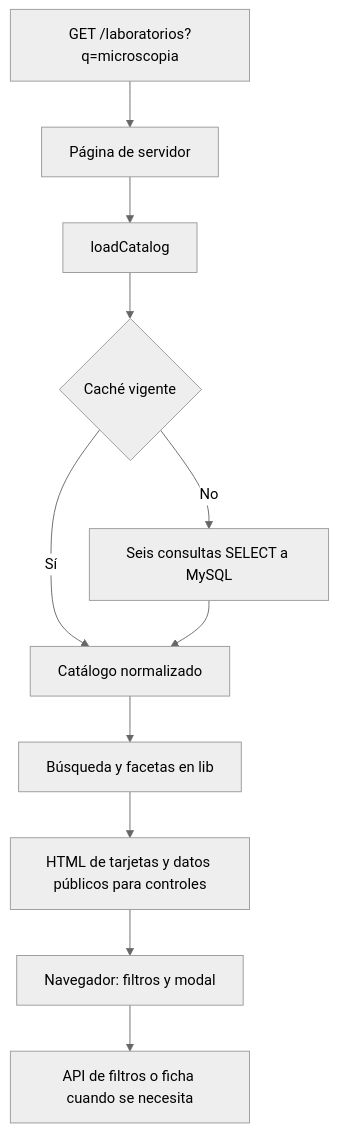
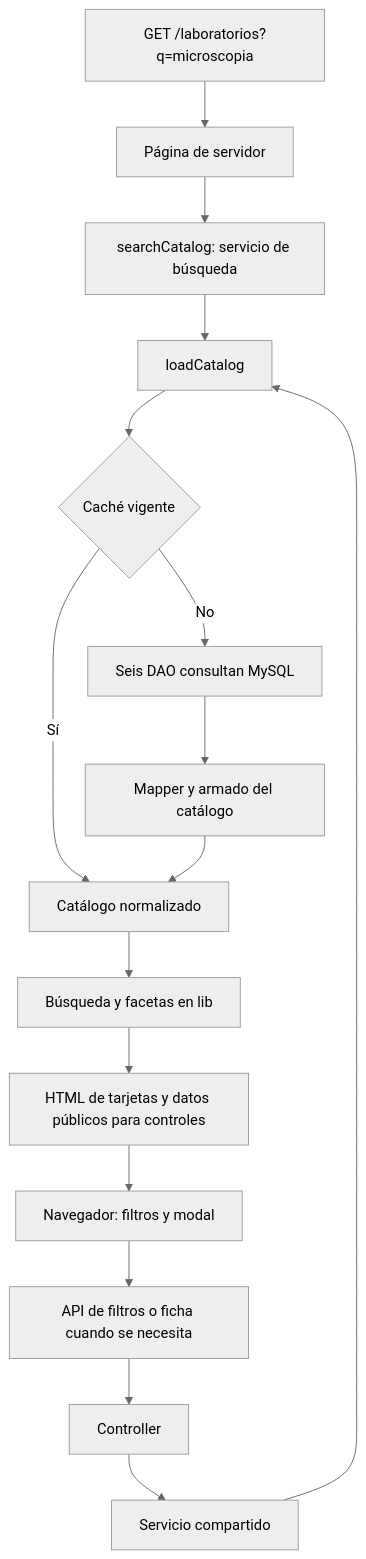
Before and after one commit to cicunam/labunam-next: the diagram in docs/02-arquitectura.md, drawn with Mermaid (neutral theme). The commit also changed other lines of this file and 82 other files, not shown here.

````diff
--- a/docs/02-arquitectura.md
+++ b/docs/02-arquitectura.md
@@ -77,13 +78,18 @@
 ```mermaid
 flowchart TD
   A[GET /laboratorios?q=microscopia] --> B[Página de servidor]
-  B --> C[loadCatalog]
+  B --> S[searchCatalog: servicio de búsqueda]
+  S --> C[loadCatalog]
   C --> D{Caché vigente}
   D -->|Sí| E[Catálogo normalizado]
-  D -->|No| F[Seis consultas SELECT a MySQL]
-  F --> E
+  D -->|No| F[Seis DAO consultan MySQL]
+  F --> M[Mapper y armado del catálogo]
+  M --> E
   E --> G[Búsqueda y facetas en lib]
   G --> H[HTML de tarjetas y datos públicos para controles]
   H --> I[Navegador: filtros y modal]
   I --> J[API de filtros o ficha cuando se necesita]
+  J --> K[Controller]
+  K --> L[Servicio compartido]
+  L --> C
 ```
````
